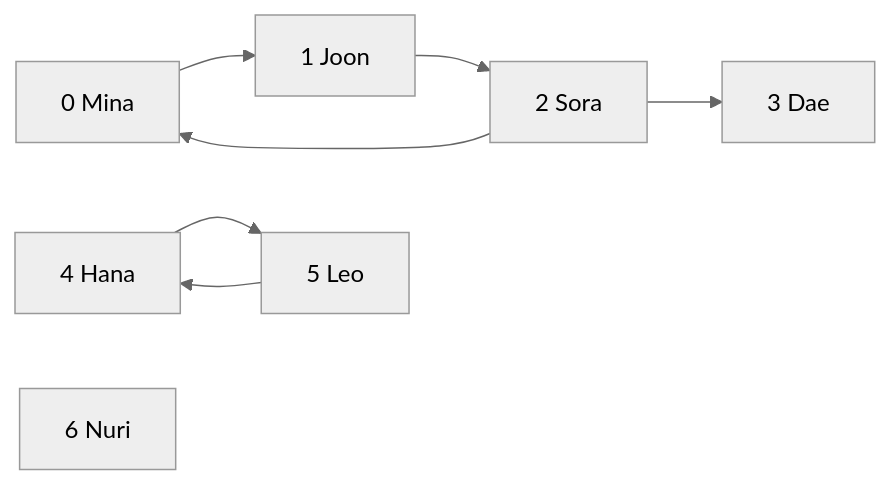
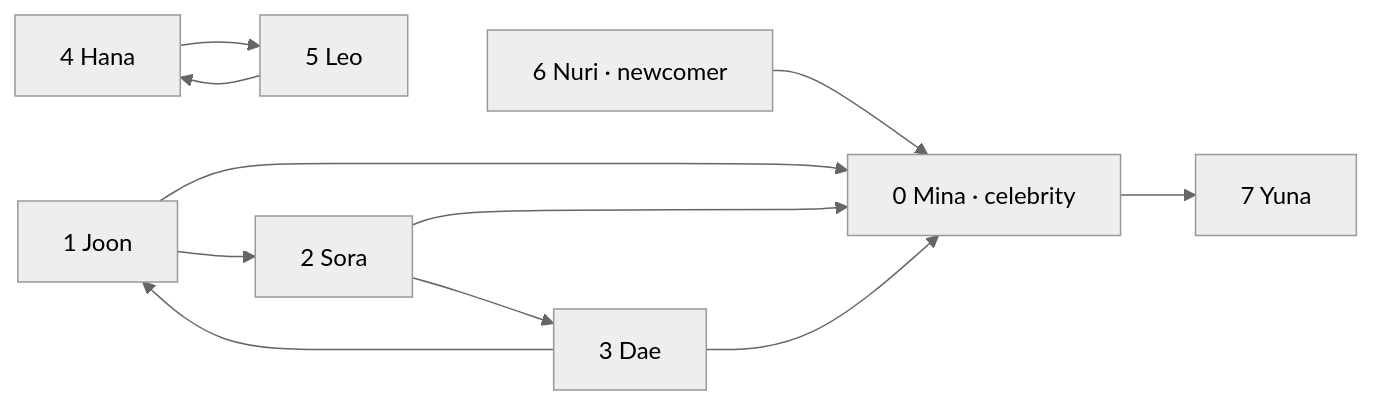
The diagram in module_03_graph/student/textbook.md (chaebkimm/data_structure_2026), drawn with Mermaid (neutral theme) before and after one commit. The commit also changed other lines of this file and 7 other files, not shown here.

Commit message:
chapter 3 graph

````diff
--- a/module_03_graph/student/textbook.md
+++ b/module_03_graph/student/textbook.md
@@ -27,10 +11,13 @@
 ```mermaid
 flowchart LR
-    mina["0 Mina"] --> joon["1 Joon"]
+    nuri["6 Nuri · newcomer"] --> mina["0 Mina · celebrity"]
+    mina --> yuna["7 Yuna"]
+    joon["1 Joon"] --> mina
     joon --> sora["2 Sora"]
     sora --> mina
     sora --> dae["3 Dae"]
+    dae --> mina
+    dae --> joon
     hana["4 Hana"] --> leo["5 Leo"]
     leo --> hana
-    nuri["6 Nuri"]
 ```
````
